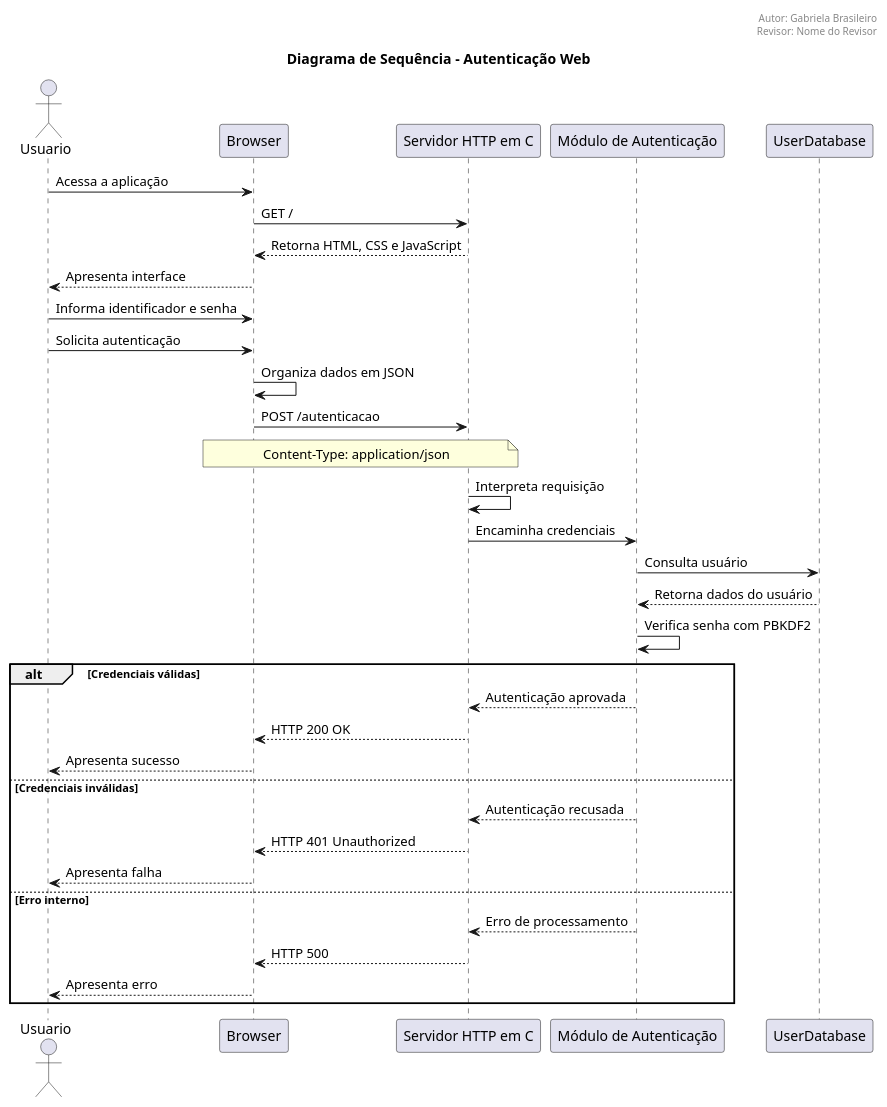
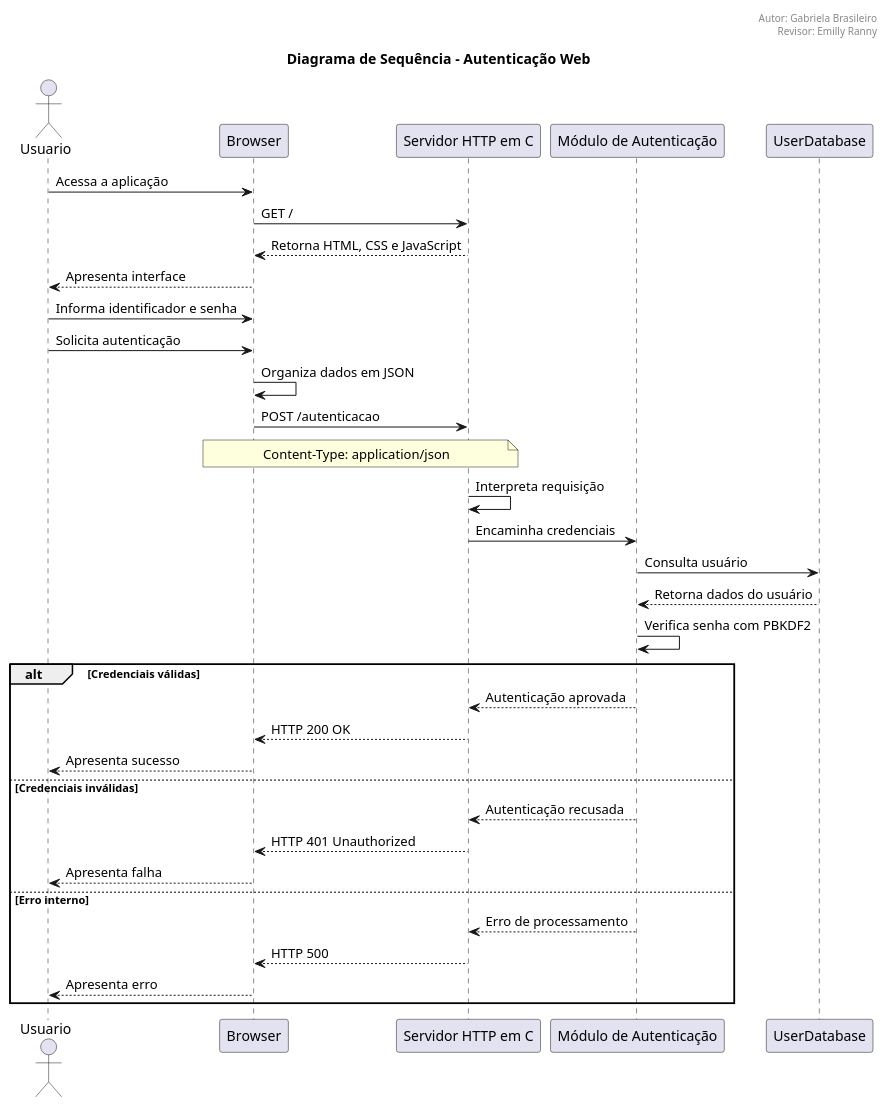
One commit to gabrielabmm/Dominios_de_Software changed the diagram in Diagramas/Diagrama_Interacao/Diagrama_Int.puml. Above: the diagram before and after it, drawn with PlantUML.

Commit message:
Update reviewer name in sequence diagram

```diff
--- a/Diagramas/Diagrama_Interacao/Diagrama_Int.puml
+++ b/Diagramas/Diagrama_Interacao/Diagrama_Int.puml
@@ -1,49 +1,49 @@
 @startuml
 title Diagrama de Sequência - Autenticação Web
 
 header
 Autor: Gabriela Brasileiro
-Revisor: Nome do Revisor
+Revisor: Emilly Ranny
 endheader
 
 actor Usuario
 participant "Browser" as Browser
 participant "Servidor HTTP em C" as Servidor
 participant "Módulo de Autenticação" as Auth
 participant "UserDatabase" as DB
 
 Usuario -> Browser: Acessa a aplicação
 Browser -> Servidor: GET /
 Servidor --> Browser: Retorna HTML, CSS e JavaScript
 Browser --> Usuario: Apresenta interface
 
 Usuario -> Browser: Informa identificador e senha
 Usuario -> Browser: Solicita autenticação
 Browser -> Browser: Organiza dados em JSON
 
 Browser -> Servidor: POST /autenticacao
 note over Browser, Servidor
 Content-Type: application/json
 end note
 
 Servidor -> Servidor: Interpreta requisição
 Servidor -> Auth: Encaminha credenciais
 Auth -> DB: Consulta usuário
 DB --> Auth: Retorna dados do usuário
 Auth -> Auth: Verifica senha com PBKDF2
 
 alt Credenciais válidas
     Auth --> Servidor: Autenticação aprovada
     Servidor --> Browser: HTTP 200 OK
     Browser --> Usuario: Apresenta sucesso
 else Credenciais inválidas
     Auth --> Servidor: Autenticação recusada
     Servidor --> Browser: HTTP 401 Unauthorized
     Browser --> Usuario: Apresenta falha
 else Erro interno
     Auth --> Servidor: Erro de processamento
     Servidor --> Browser: HTTP 500
     Browser --> Usuario: Apresenta erro
 end
 
 @enduml
```
